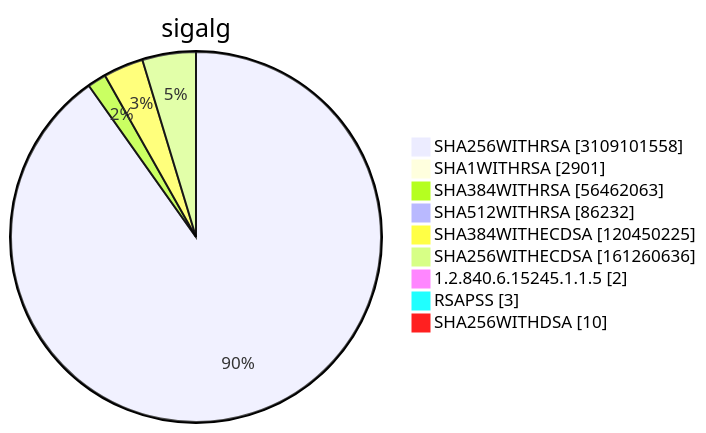
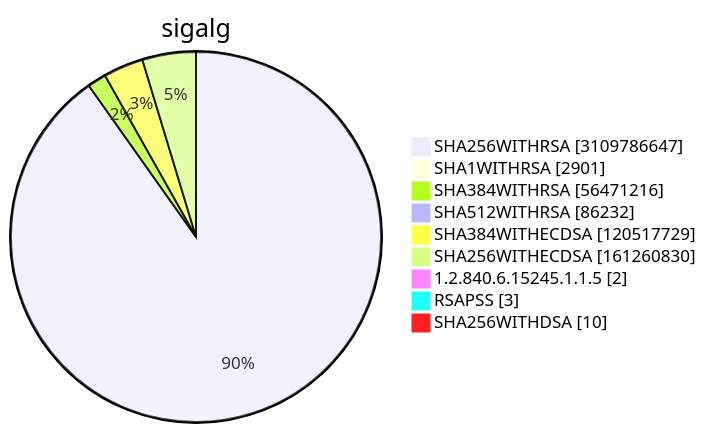
One commit to christiankrug/ctmonitor_visualization changed diagram 15 of 15 in TOTAL/README.md. Above: the diagram before and after it, drawn with Mermaid. The commit also changed other lines of this file, not shown here.

````diff
--- a/TOTAL/README.md
+++ b/TOTAL/README.md
@@ -6212,13 +6212,13 @@
 ```mermaid
 pie showData
 title sigalg
-"SHA256WITHRSA" :3109101558
+"SHA256WITHRSA" :3109786647
 "SHA1WITHRSA" :2901
-"SHA384WITHRSA" :56462063
+"SHA384WITHRSA" :56471216
 "SHA512WITHRSA" :86232
-"SHA384WITHECDSA" :120450225
-"SHA256WITHECDSA" :161260636
+"SHA384WITHECDSA" :120517729
+"SHA256WITHECDSA" :161260830
 "1.2.840.6.15245.1.1.5" :2
 "RSAPSS" :3
 "SHA256WITHDSA" :10
 ```
````
